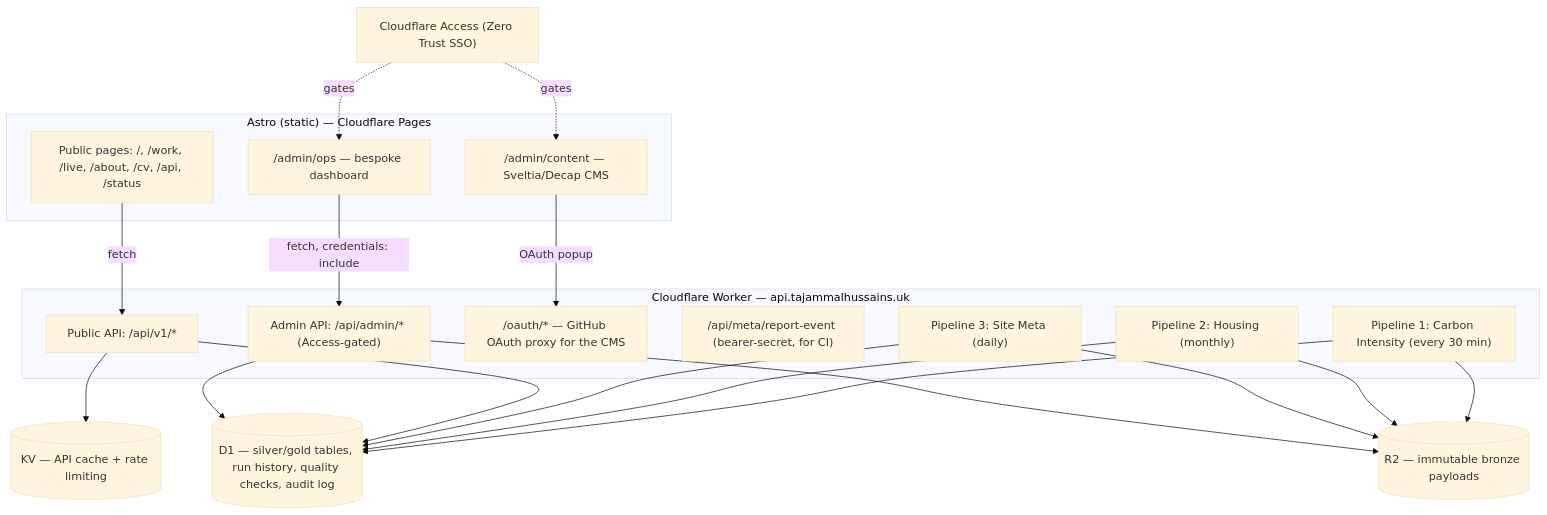
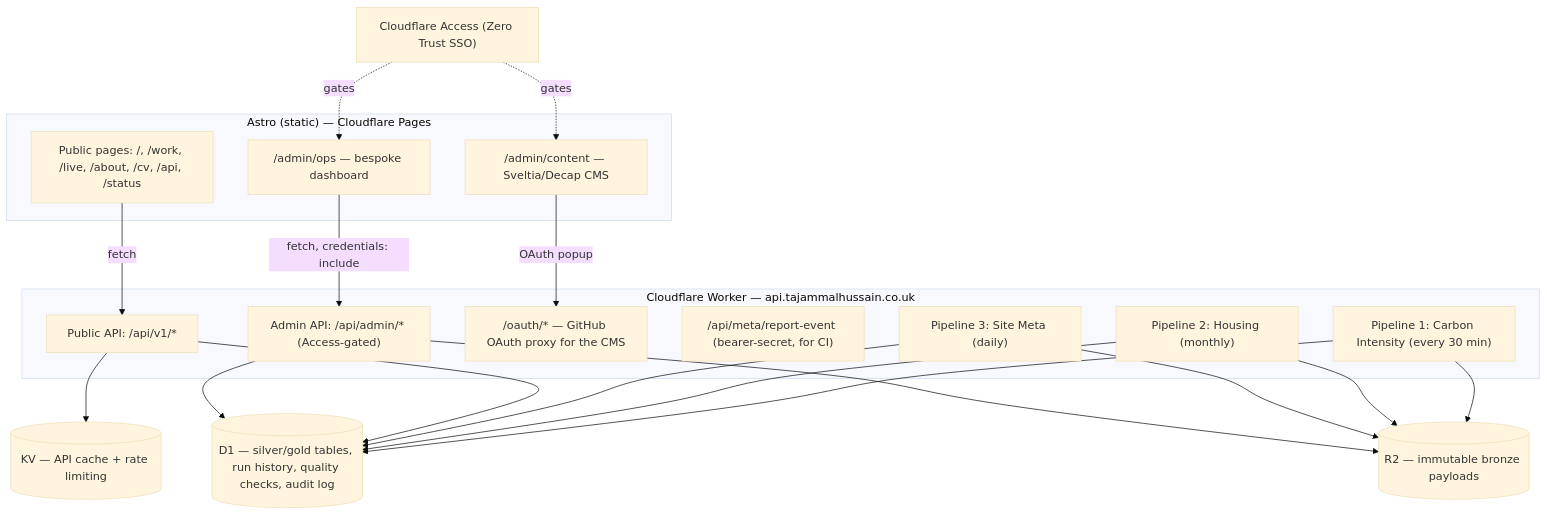
One commit to TajammalHussain/tajammalhussains-portfolio changed the diagram in ARCHITECTURE.md. Above: the diagram before and after it, drawn with Mermaid (base theme). The commit also changed other lines of this file and 9 other files, not shown here.

````diff
--- a/ARCHITECTURE.md
+++ b/ARCHITECTURE.md
@@ -5,33 +5,33 @@
 ```mermaid
 flowchart TB
   subgraph Frontend["Astro (static) — Cloudflare Pages"]
     Pages["Public pages: /, /work, /live, /about, /cv, /api, /status"]
     Ops["/admin/ops — bespoke dashboard"]
     CMS["/admin/content — Sveltia/Decap CMS"]
   end
-  subgraph Worker["Cloudflare Worker — api.tajammalhussains.uk"]
+  subgraph Worker["Cloudflare Worker — api.tajammalhussain.co.uk"]
     PublicAPI["Public API: /api/v1/*"]
     AdminAPI["Admin API: /api/admin/* (Access-gated)"]
     OAuth["/oauth/* — GitHub OAuth proxy for the CMS"]
     MetaWebhook["/api/meta/report-event (bearer-secret, for CI)"]
     P1["Pipeline 1: Carbon Intensity (every 30 min)"]
     P2["Pipeline 2: Housing (monthly)"]
     P3["Pipeline 3: Site Meta (daily)"]
   end
   D1[("D1 — silver/gold tables, run history, quality checks, audit log")]
   R2[("R2 — immutable bronze payloads")]
   KV[("KV — API cache + rate limiting")]
   Access["Cloudflare Access (Zero Trust SSO)"]
 
   Pages -->|fetch| PublicAPI
   Ops -->|fetch, credentials: include| AdminAPI
   CMS -->|OAuth popup| OAuth
   Access -.gates.-> Ops
   Access -.gates.-> CMS
   P1 & P2 & P3 --> R2
   P1 & P2 & P3 --> D1
   PublicAPI --> D1
   PublicAPI --> KV
   AdminAPI --> D1
   AdminAPI --> R2
 ```
````
